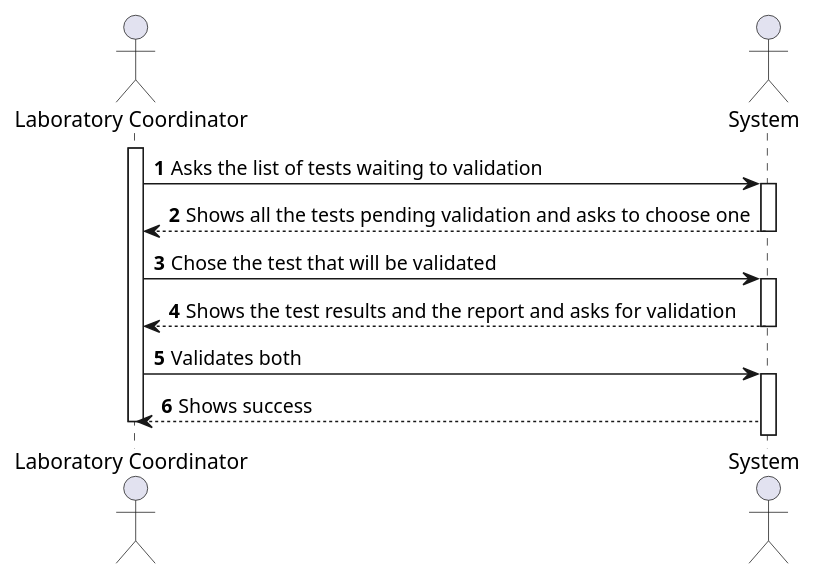
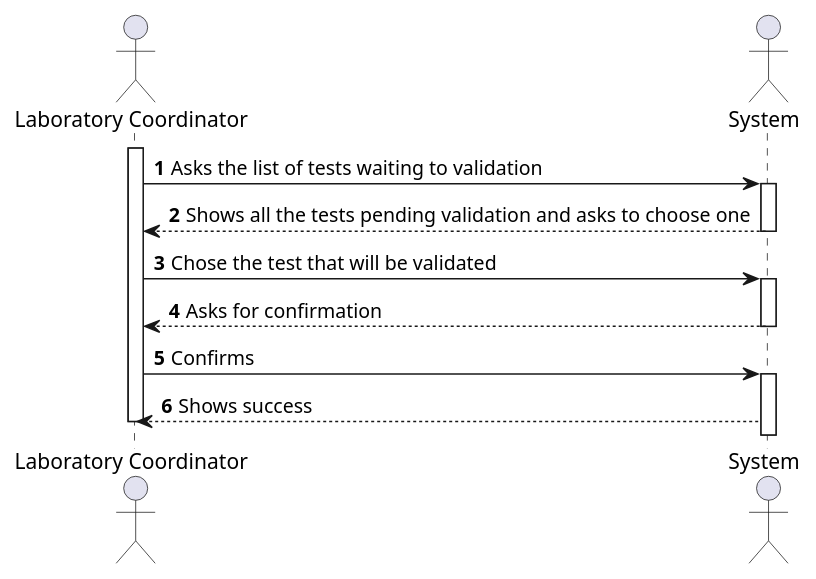
Before and after one commit to MarianaCLages/LAPR2: the diagram in docs/SprintC/US15/US15_SSD.puml, drawn with PlantUML. The commit also changed 5 other files, not shown here.

Commit message:
US15 diagrams

```diff
--- a/docs/SprintC/US15/US15_SSD.puml
+++ b/docs/SprintC/US15/US15_SSD.puml
@@ -1,20 +1,20 @@
 @startuml
 'https://plantuml.com/sequence-diagram
 autonumber
 actor "Laboratory Coordinator" as lc
 actor "System" as SYS
 activate lc
 lc -> SYS: Asks the list of tests waiting to validation
 activate SYS
 SYS --> lc: Shows all the tests pending validation and asks to choose one
 deactivate SYS
 lc -> SYS: Chose the test that will be validated
 activate SYS
-SYS --> lc: Shows the test results and the report and asks for validation
+SYS --> lc: Asks for confirmation
 deactivate SYS
-lc -> SYS : Validates both
+lc -> SYS : Confirms
 activate SYS
 SYS --> lc: Shows success
 deactivate lc
 
 @enduml
```
